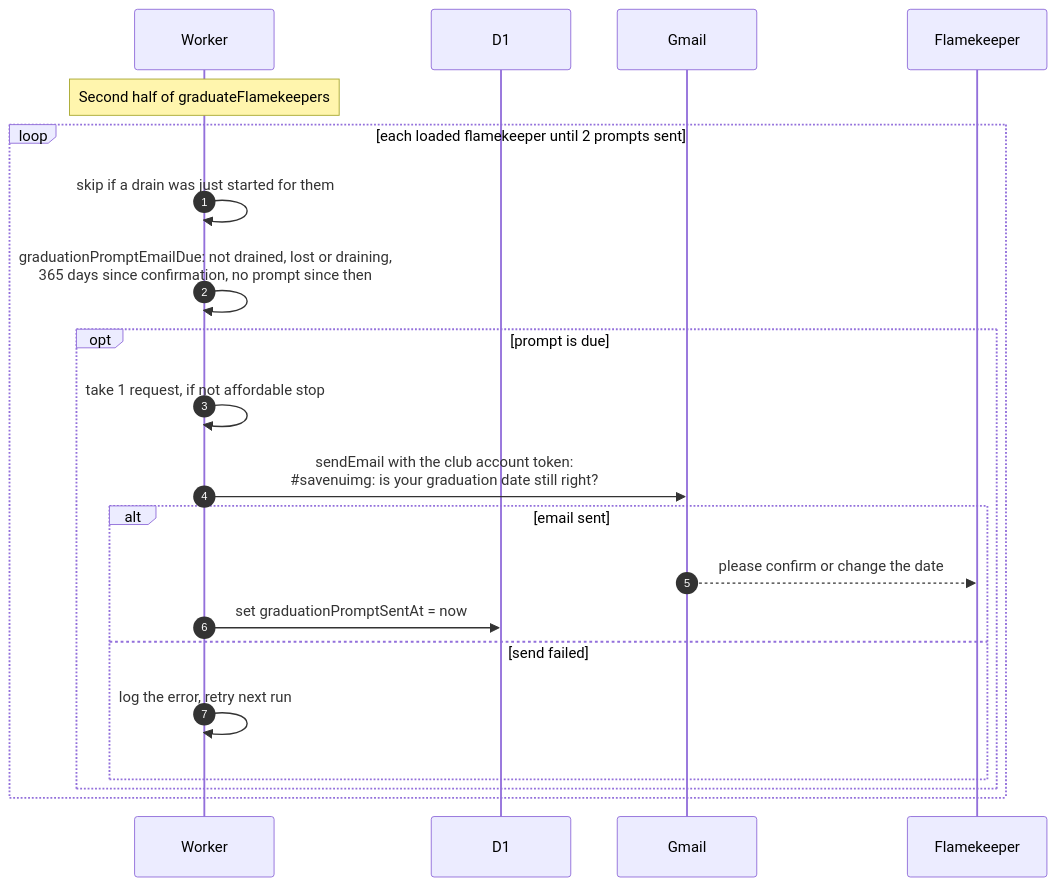
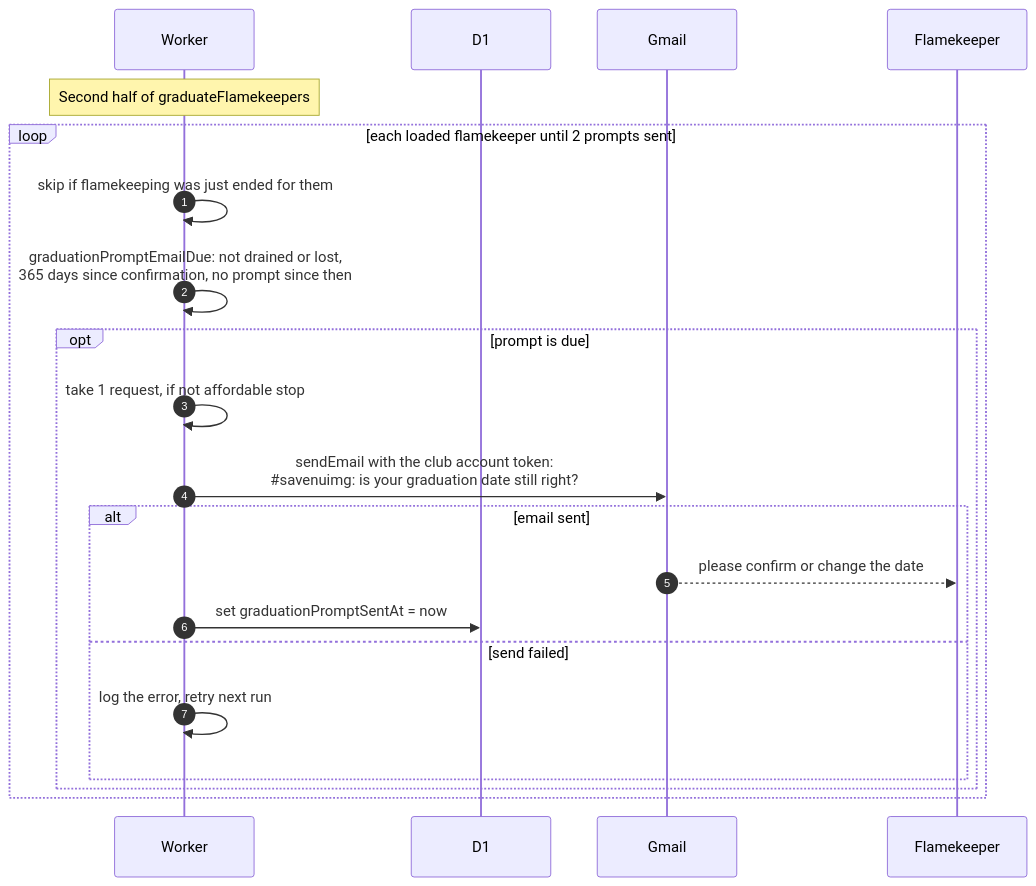
The diagram in docs/scenarios/cron/flamekeepers/graduation-prompt.md (sagyzdop/meriksirat), drawn with Mermaid before and after one commit. The commit also changed other lines of this file and 74 other files, not shown here.

````diff
--- a/docs/scenarios/cron/flamekeepers/graduation-prompt.md
+++ b/docs/scenarios/cron/flamekeepers/graduation-prompt.md
@@ -31,24 +31,24 @@
 ```mermaid
 sequenceDiagram
     autonumber
     participant Worker
     participant D1
     participant Gmail
     participant Member as Flamekeeper
 
     Note over Worker: Second half of graduateFlamekeepers
     loop each loaded flamekeeper until 2 prompts sent
-        Worker->>Worker: skip if a drain was just started for them
-        Worker->>Worker: graduationPromptEmailDue: not drained, lost or draining,<br/>365 days since confirmation, no prompt since then
+        Worker->>Worker: skip if flamekeeping was just ended for them
+        Worker->>Worker: graduationPromptEmailDue: not drained or lost,<br/>365 days since confirmation, no prompt since then
         opt prompt is due
             Worker->>Worker: take 1 request, if not affordable stop
             Worker->>Gmail: sendEmail with the club account token:<br/>#35;savenuimg: is your graduation date still right?
             alt email sent
                 Gmail-->>Member: please confirm or change the date
                 Worker->>D1: set graduationPromptSentAt = now
             else send failed
                 Worker->>Worker: log the error, retry next run
             end
         end
     end
 ```
````
